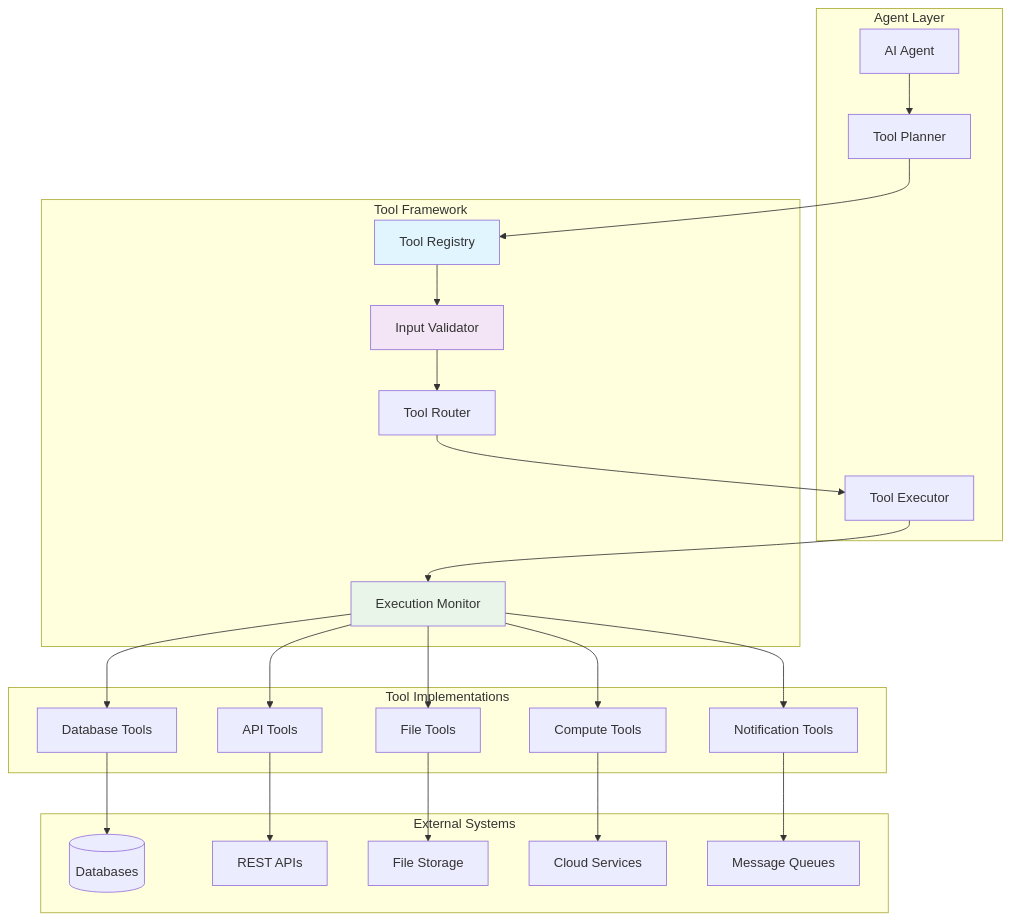
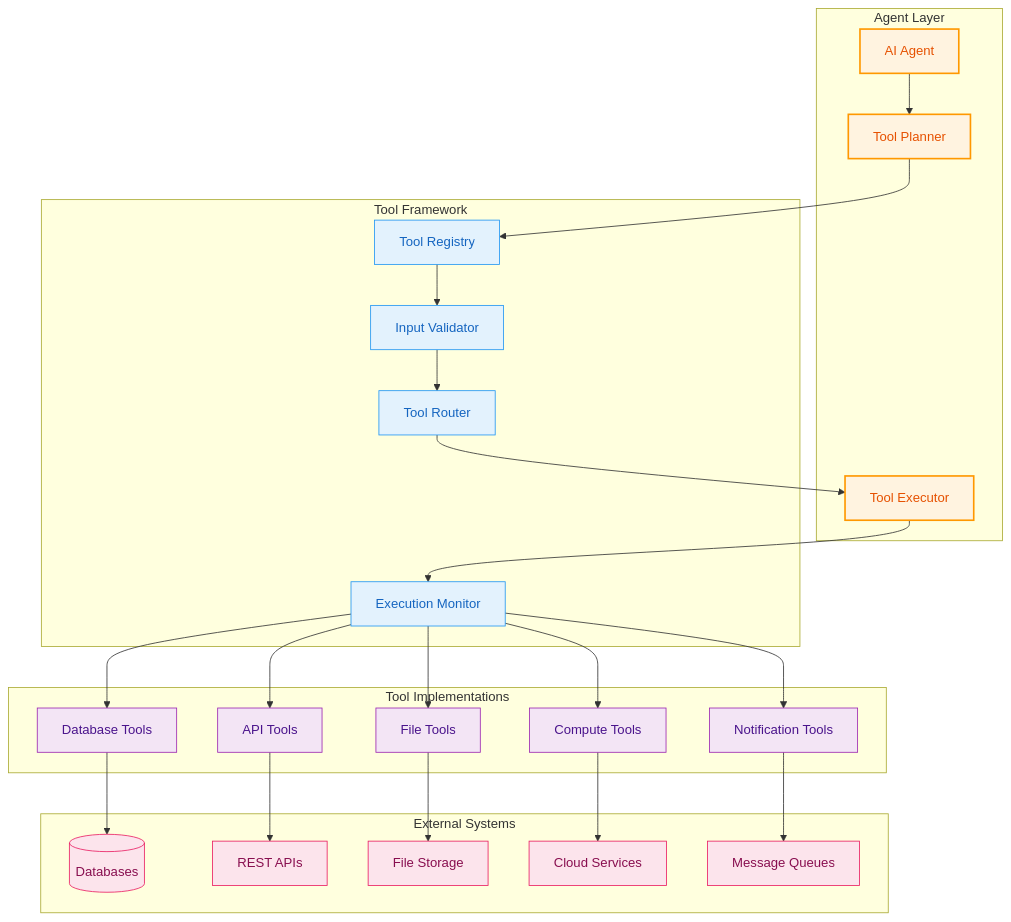
The first of 3 diagrams in site/docs/scale/architecture/tool-integration.md (jupyter-naas/docs), drawn with Mermaid before and after one commit. The commit also changed other lines of this file and 4 other files, not shown here.

First line of the commit message:
feat: Implement consistent Mermaid styling across all architecture diagrams

````diff
--- a/site/docs/scale/architecture/tool-integration.md
+++ b/site/docs/scale/architecture/tool-integration.md
@@ -13,54 +13,61 @@
 ```mermaid
 graph TD
     subgraph "Agent Layer"
         AGENT[AI Agent]
         PLANNER[Tool Planner]
         EXECUTOR[Tool Executor]
     end
     
     subgraph "Tool Framework"
         REGISTRY[Tool Registry]
         VALIDATOR[Input Validator]
         ROUTER[Tool Router]
         MONITOR[Execution Monitor]
     end
     
     subgraph "Tool Implementations"
         DATABASE[Database Tools]
         API[API Tools]
         FILE[File Tools]
         COMPUTE[Compute Tools]
         NOTIFICATION[Notification Tools]
     end
     
     subgraph "External Systems"
         DB[(Databases)]
         REST[REST APIs]
         STORAGE[File Storage]
         CLOUD[Cloud Services]
         MESSAGING[Message Queues]
     end
     
     AGENT --> PLANNER
     PLANNER --> REGISTRY
     REGISTRY --> VALIDATOR
     VALIDATOR --> ROUTER
     ROUTER --> EXECUTOR
     EXECUTOR --> MONITOR
     
     MONITOR --> DATABASE
     MONITOR --> API
     MONITOR --> FILE
     MONITOR --> COMPUTE
     MONITOR --> NOTIFICATION
     
     DATABASE --> DB
     API --> REST
     FILE --> STORAGE
     COMPUTE --> CLOUD
     NOTIFICATION --> MESSAGING
     
-    style REGISTRY fill:#e1f5fe
-    style VALIDATOR fill:#f3e5f5
-    style MONITOR fill:#e8f5e8
+    classDef userExp fill:#e8f5e8,stroke:#4caf50,stroke-width:2px,color:#2e7d32
+    classDef platform fill:#e3f2fd,stroke:#2196f3,stroke-width:1px,color:#1565c0
+    classDef aiEngine fill:#fff3e0,stroke:#ff9800,stroke-width:2px,color:#e65100
+    classDef dataLayer fill:#f3e5f5,stroke:#9c27b0,stroke-width:1px,color:#4a148c
+    classDef infrastructure fill:#fce4ec,stroke:#e91e63,stroke-width:1px,color:#880e4f
+    
+    class AGENT,PLANNER,EXECUTOR aiEngine
+    class REGISTRY,VALIDATOR,ROUTER,MONITOR platform
+    class DATABASE,API,FILE,COMPUTE,NOTIFICATION dataLayer
+    class DB,REST,STORAGE,CLOUD,MESSAGING infrastructure
 ```
````
